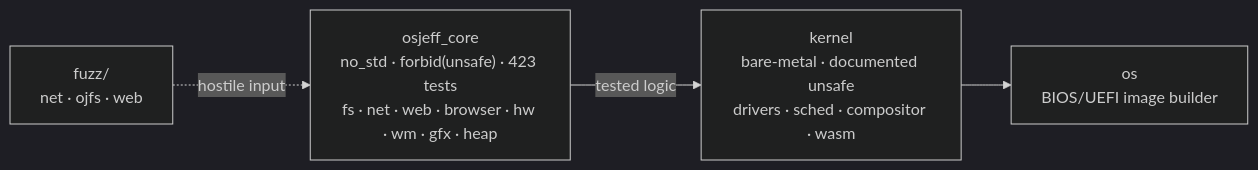
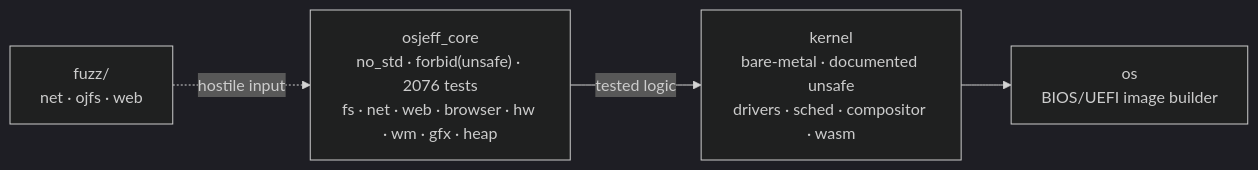
Before and after one commit to Jeffinp/OSjeff: the diagram in README.en.md, drawn with Mermaid (dark theme). The commit also changed other lines of this file and 13 other files, not shown here.

First line of the commit message:
docs: W15b integration (editor-shell design, architecture, testing, changelog, screenshots)

````diff
--- a/README.en.md
+++ b/README.en.md
@@ -91,9 +91,9 @@
 ```mermaid
 flowchart LR
-    CORE["osjeff_core<br/>no_std · forbid(unsafe) · 423 tests<br/>fs · net · web · browser · hw · wm · gfx · heap"]
+    CORE["osjeff_core<br/>no_std · forbid(unsafe) · 2076 tests<br/>fs · net · web · browser · hw · wm · gfx · heap"]
     KERNEL["kernel<br/>bare-metal · documented unsafe<br/>drivers · sched · compositor · wasm"]
     OS["os<br/>BIOS/UEFI image builder"]
     FUZZ["fuzz/<br/>net · ojfs · web"]
     CORE -->|tested logic| KERNEL --> OS
     FUZZ -.->|hostile input| CORE
 ```
````
